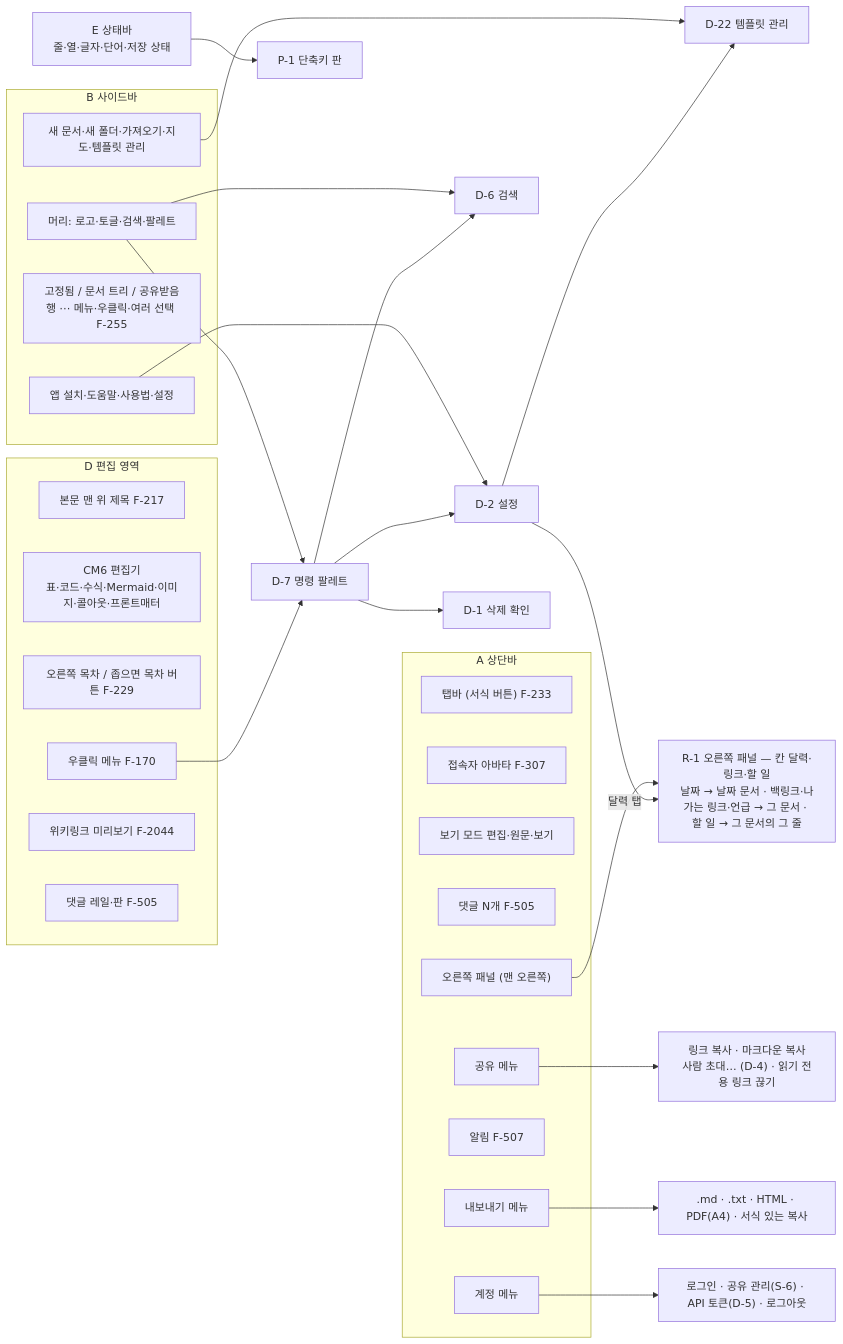
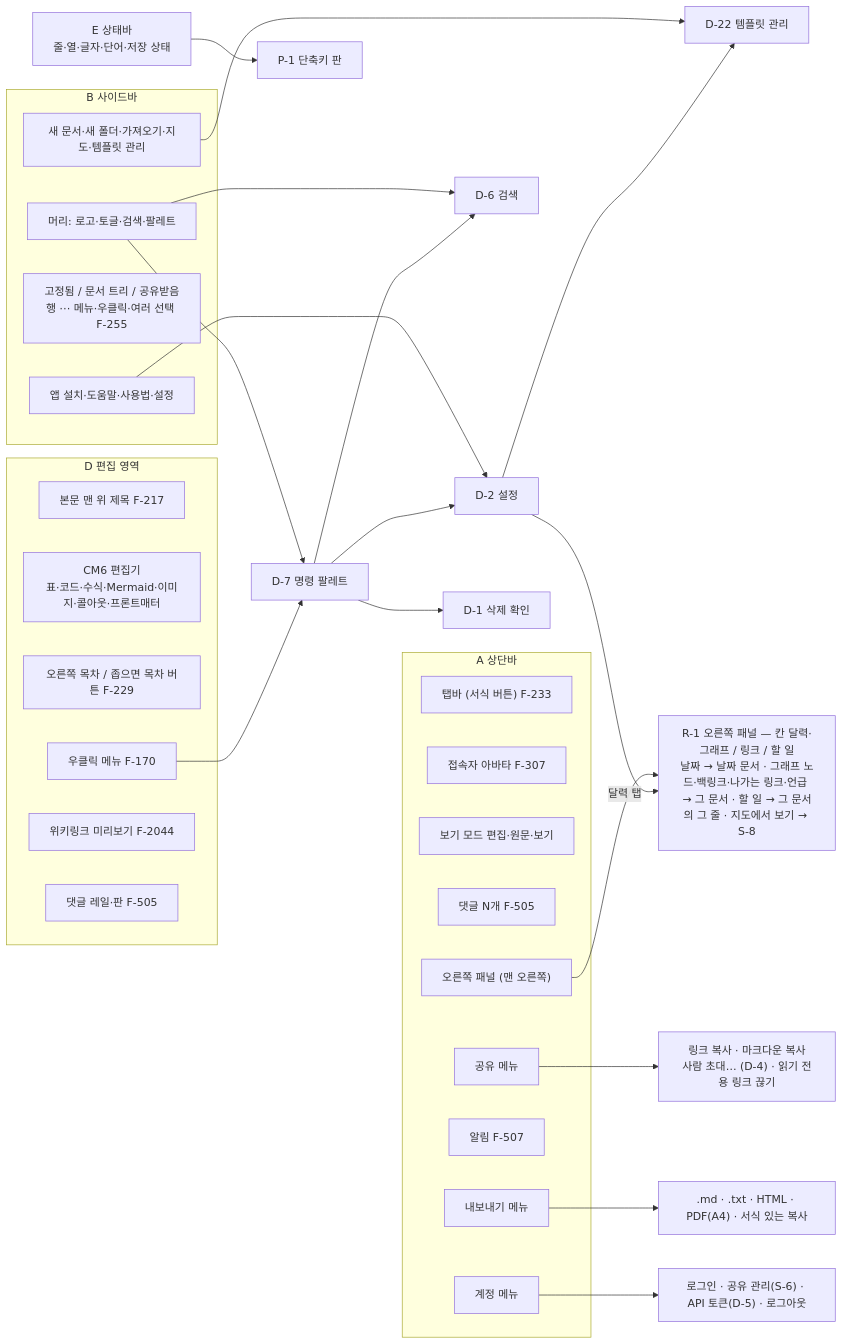
The third of 5 diagrams in specs/map.md (R00neyj/rawdoc), drawn with Mermaid before and after one commit. The commit also changed 15 other files, not shown here.

Commit message:
오른쪽 패널 그래프 보기 (small)

````diff
--- a/specs/map.md
+++ b/specs/map.md
@@ -67,45 +67,45 @@
 ```mermaid
 flowchart LR
   subgraph A["A 상단바"]
     A1["탭바 (서식 버튼) F-233"]
     A2["접속자 아바타 F-307"]
     A3["보기 모드 편집·원문·보기"]
     A4["댓글 N개 F-505"]
     A5["공유 메뉴"]
     A6["내보내기 메뉴"]
     A7["알림 F-507"]
     A8["계정 메뉴"]
     A9["오른쪽 패널 (맨 오른쪽)"]
   end
   subgraph B["B 사이드바"]
     B1["머리: 로고·토글·검색·팔레트"]
     B2["새 문서·새 폴더·가져오기·지도·템플릿 관리"]
     B3["고정됨 / 문서 트리 / 공유받음<br/>행 ⋯ 메뉴·우클릭·여러 선택 F-255"]
     B4["앱 설치·도움말·사용법·설정"]
   end
   subgraph D["D 편집 영역"]
     D1["본문 맨 위 제목 F-217"]
     D2["CM6 편집기<br/>표·코드·수식·Mermaid·이미지·콜아웃·프론트매터"]
     D3["오른쪽 목차 / 좁으면 목차 버튼 F-229"]
     D4["우클릭 메뉴 F-170"]
     D5["위키링크 미리보기 F-2044"]
     D6["댓글 레일·판 F-505"]
   end
   E["E 상태바<br/>줄·열·글자·단어·저장 상태"]
 
   A5 --> share["링크 복사 · 마크다운 복사<br/>사람 초대… (D-4) · 읽기 전용 링크 끊기"]
   A6 --> export[".md · .txt · HTML · PDF(A4) · 서식 있는 복사"]
   A8 --> account["로그인 · 공유 관리(S-6) · API 토큰(D-5) · 로그아웃"]
   B1 --> D6dlg["D-6 검색"]
   B1 --> D7dlg["D-7 명령 팔레트"]
   B4 --> D2dlg["D-2 설정"]
   B2 --> D22dlg["D-22 템플릿 관리"]
   D2dlg --> D22dlg
   D4 --> D7dlg
   D7dlg --> D1dlg["D-1 삭제 확인"]
   D7dlg --> D2dlg
   D7dlg --> D6dlg
   E --> P1["P-1 단축키 판"]
-  A9 --> R1["R-1 오른쪽 패널 — 칸 달력·링크·할 일<br/>날짜 → 날짜 문서 · 백링크·나가는 링크·언급 → 그 문서 · 할 일 → 그 문서의 그 줄"]
+  A9 --> R1["R-1 오른쪽 패널 — 칸 달력·그래프 / 링크 / 할 일<br/>날짜 → 날짜 문서 · 그래프 노드·백링크·나가는 링크·언급 → 그 문서 · 할 일 → 그 문서의 그 줄 · 지도에서 보기 → S-8"]
   D2dlg -- "달력 탭" --> R1
 ```
````
